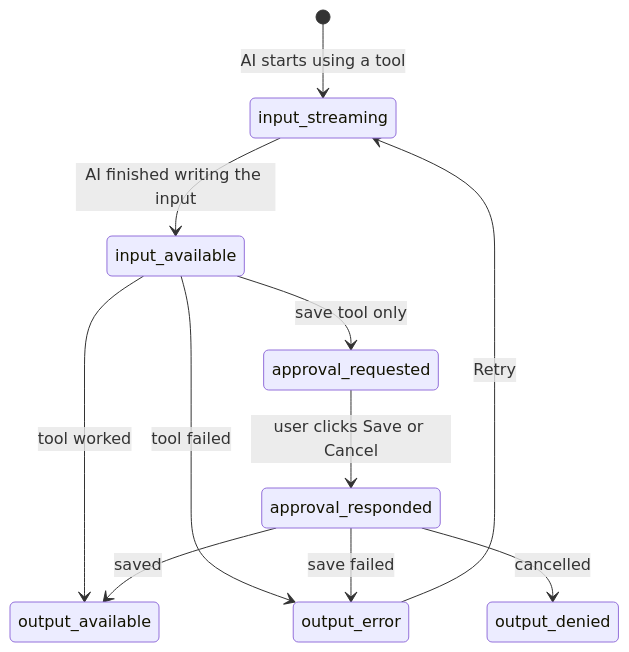
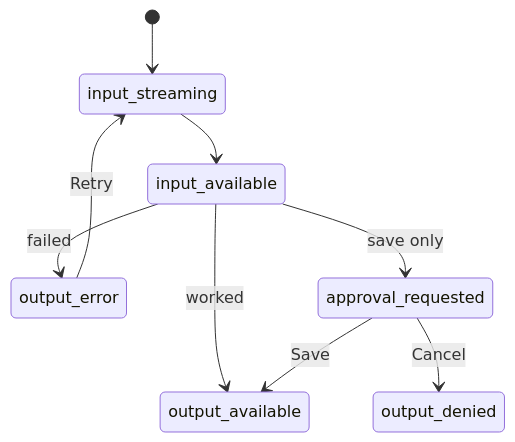
The diagram in Week5_Task/Tool_results_and_structured_output_in_the_UI/README.md (AqsaSaqib/FlyRank_Internship_Frontend_AI_Engineering), drawn with Mermaid before and after one commit. The commit also changed other lines of this file, not shown here.

````diff
--- a/Week5_Task/Tool_results_and_structured_output_in_the_UI/README.md
+++ b/Week5_Task/Tool_results_and_structured_output_in_the_UI/README.md
@@ -188,13 +83,11 @@
 ```mermaid
 stateDiagram-v2
-  [*] --> input_streaming: AI starts using a tool
-  input_streaming --> input_available: AI finished writing the input
-  input_available --> output_available: tool worked
-  input_available --> output_error: tool failed
-  input_available --> approval_requested: save tool only
-  approval_requested --> approval_responded: user clicks Save or Cancel
-  approval_responded --> output_available: saved
-  approval_responded --> output_error: save failed
-  approval_responded --> output_denied: cancelled
+  [*] --> input_streaming
+  input_streaming --> input_available
+  input_available --> output_available: worked
+  input_available --> output_error: failed
+  input_available --> approval_requested: save only
+  approval_requested --> output_available: Save
+  approval_requested --> output_denied: Cancel
   output_error --> input_streaming: Retry
 ```
````
